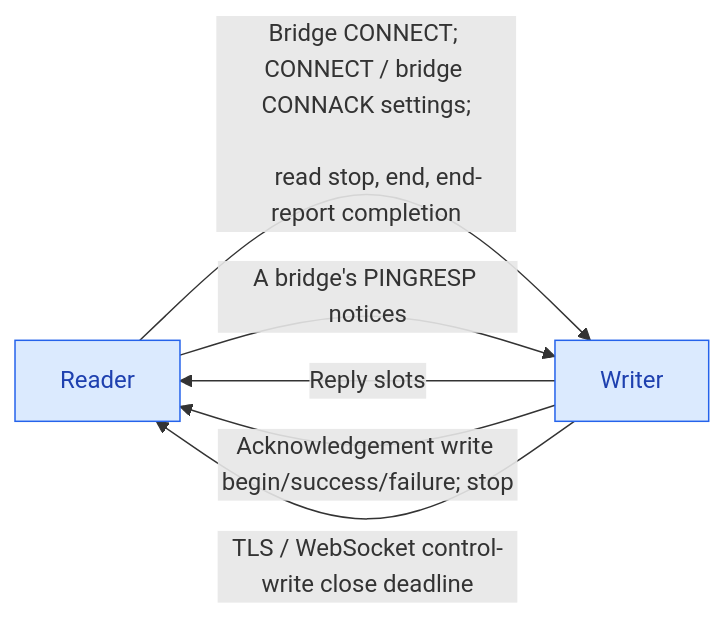
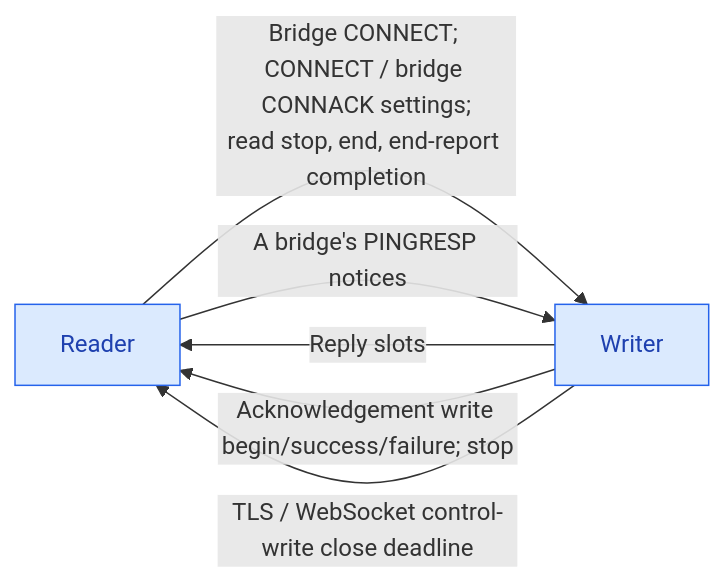
The fourth of 9 diagrams in docs/design.md (ifnesi/saguin), drawn with Mermaid before and after one commit. The commit also changed other lines of this file, not shown here.

First line of the commit message:
Design: three chart labels on one line each

````diff
--- a/docs/design.md
+++ b/docs/design.md
@@ -232,16 +231,15 @@
 ```mermaid
 flowchart LR
     reader["Reader"]
     writer["Writer"]
 
-    reader -- "Bridge CONNECT; CONNECT / bridge CONNACK settings;<br/>
-    read stop, end, end-report completion" --> writer
+    reader -- "Bridge CONNECT; CONNECT / bridge CONNACK settings;<br/>read stop, end, end-report completion" --> writer
     reader -- "A bridge's PINGRESP notices" --> writer
     writer -- "Reply slots" --> reader
     writer -- "Acknowledgement write begin/success/failure; stop" --> reader
     writer -- "TLS / WebSocket control-write close deadline" --> reader
 
     classDef worker fill:#dbeafe,stroke:#2563eb,color:#1e40af
 
     class reader,writer worker
 ```
````
